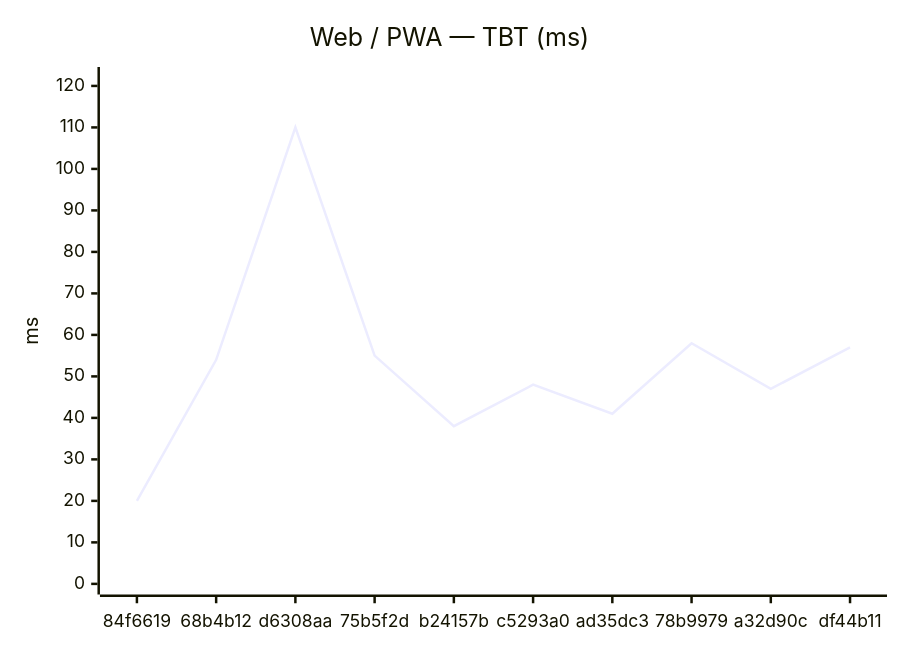
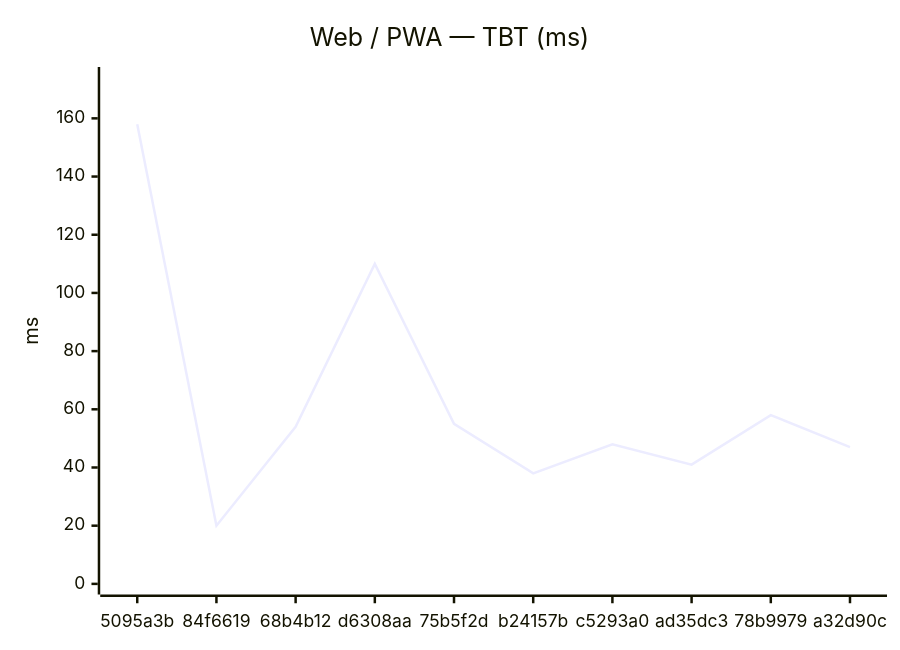
One commit to Metaheurist/Rianell changed the second of 18 diagrams in benchmarks/compare.md. Above: the diagram before and after it, drawn with Mermaid. The commit also changed other lines of this file and 11 other files, not shown here.

````diff
--- a/benchmarks/compare.md
+++ b/benchmarks/compare.md
@@ -31,7 +31,7 @@
 ```mermaid
 xychart-beta
     title "Web / PWA — TBT (ms)"
-    x-axis ["84f6619", "68b4b12", "d6308aa", "75b5f2d", "b24157b", "c5293a0", "ad35dc3", "78b9979", "a32d90c", "df44b11"]
-    y-axis "ms" 0 --> 122
-    line [20, 54, 110, 55, 38, 48, 41, 58, 47, 57]
+    x-axis ["5095a3b", "84f6619", "68b4b12", "d6308aa", "75b5f2d", "b24157b", "c5293a0", "ad35dc3", "78b9979", "a32d90c"]
+    y-axis "ms" 0 --> 174
+    line [158, 20, 54, 110, 55, 38, 48, 41, 58, 47]
 ```
````
